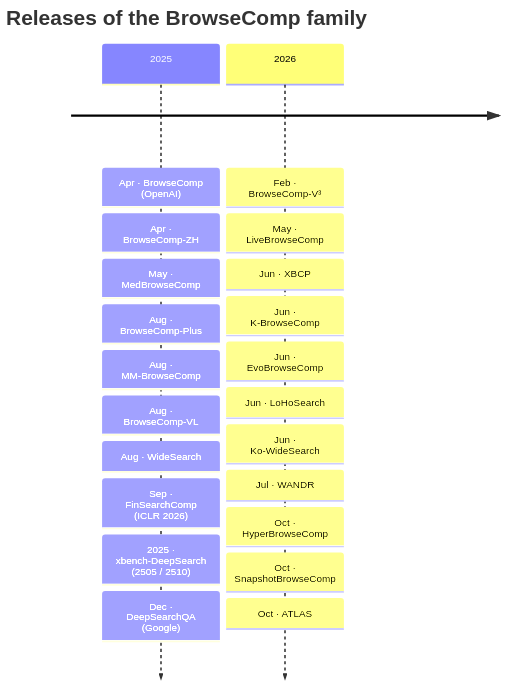
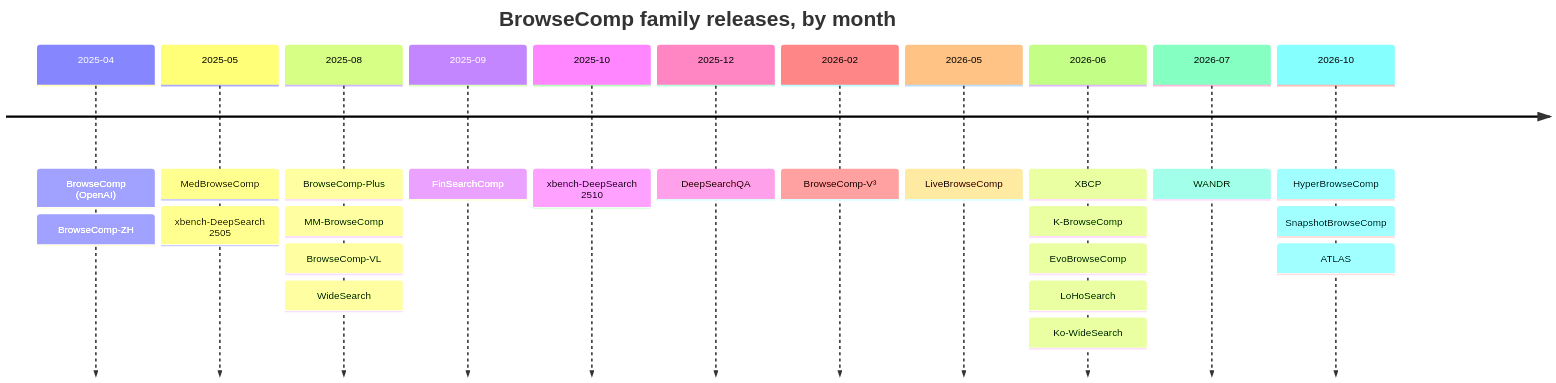
Before and after one commit to PALIN2018/awesome-BrowseComp: the second of 4 diagrams in README.md, drawn with Mermaid.

Commit message:
Monthly timeline granularity

````diff
--- a/README.md
+++ b/README.md
@@ -88,25 +88,26 @@
 ```mermaid
 timeline
-    title Releases of the BrowseComp family
-    2025 : Apr · BrowseComp (OpenAI)
-         : Apr · BrowseComp-ZH
-         : May · MedBrowseComp
-         : Aug · BrowseComp-Plus
-         : Aug · MM-BrowseComp
-         : Aug · BrowseComp-VL
-         : Aug · WideSearch
-         : Sep · FinSearchComp (ICLR 2026)
-         : 2025 · xbench-DeepSearch (2505 / 2510)
-         : Dec · DeepSearchQA (Google)
-    2026 : Feb · BrowseComp-V³
-         : May · LiveBrowseComp
-         : Jun · XBCP
-         : Jun · K-BrowseComp
-         : Jun · EvoBrowseComp
-         : Jun · LoHoSearch
-         : Jun · Ko-WideSearch
-         : Jul · WANDR
-         : Oct · HyperBrowseComp
-         : Oct · SnapshotBrowseComp
-         : Oct · ATLAS
+    title BrowseComp family releases, by month
+    2025-04 : BrowseComp (OpenAI)
+            : BrowseComp-ZH
+    2025-05 : MedBrowseComp
+            : xbench-DeepSearch 2505
+    2025-08 : BrowseComp-Plus
+            : MM-BrowseComp
+            : BrowseComp-VL
+            : WideSearch
+    2025-09 : FinSearchComp
+    2025-10 : xbench-DeepSearch 2510
+    2025-12 : DeepSearchQA
+    2026-02 : BrowseComp-V³
+    2026-05 : LiveBrowseComp
+    2026-06 : XBCP
+            : K-BrowseComp
+            : EvoBrowseComp
+            : LoHoSearch
+            : Ko-WideSearch
+    2026-07 : WANDR
+    2026-10 : HyperBrowseComp
+            : SnapshotBrowseComp
+            : ATLAS
 ```
````
